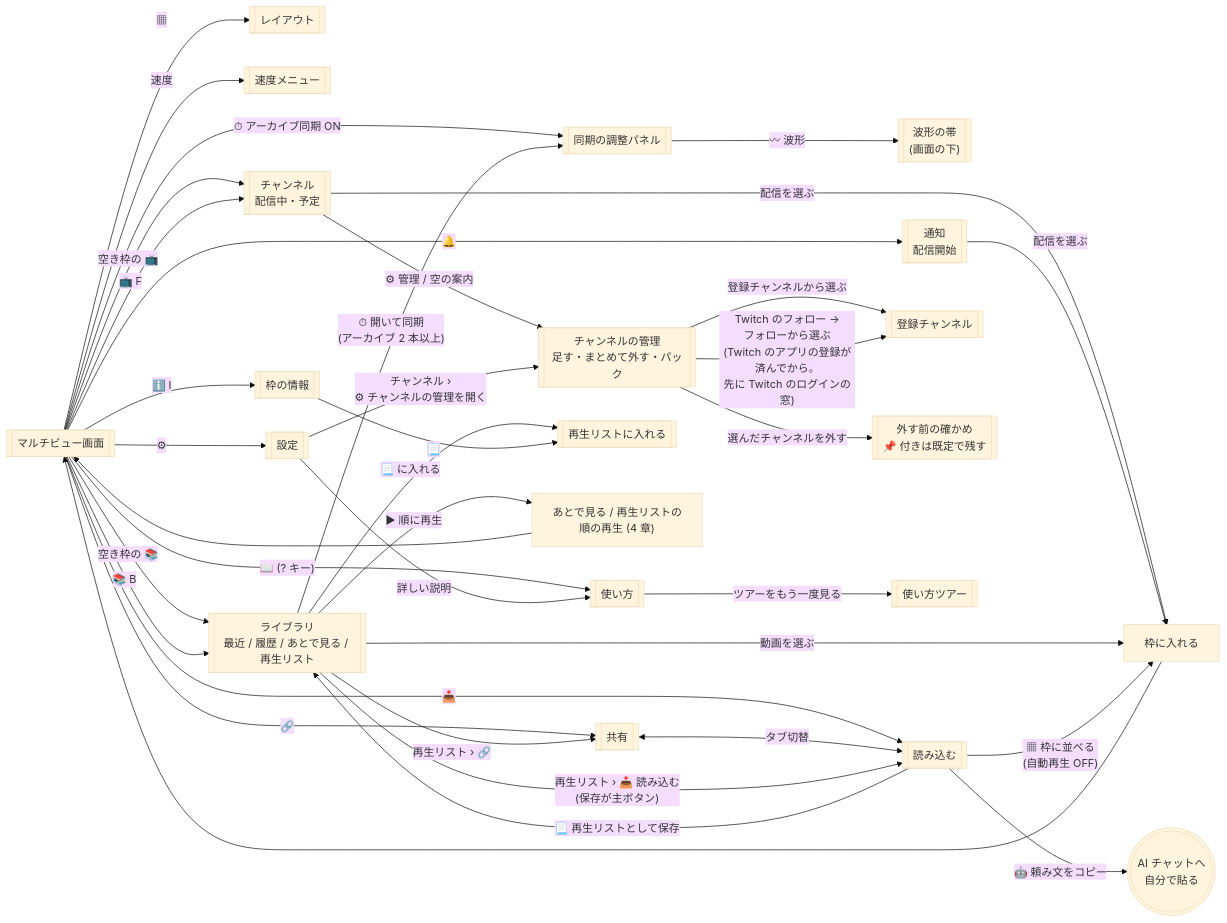
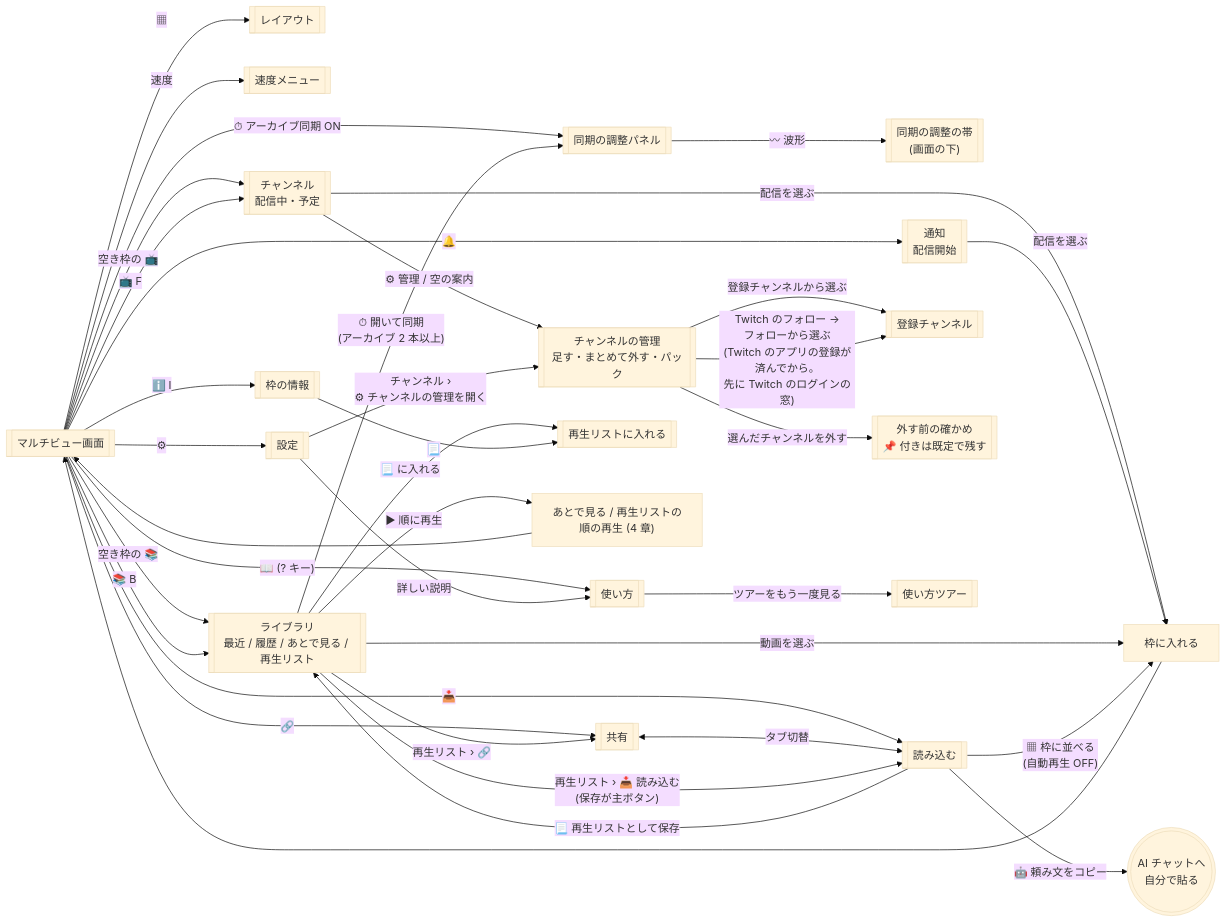
One commit to contee213/hakomado changed the third of 5 diagrams in docs/screen-flow.md. Above: the diagram before and after it, drawn with Mermaid (base theme). The commit also changed other lines of this file and 10 other files, not shown here.

````diff
--- a/docs/screen-flow.md
+++ b/docs/screen-flow.md
@@ -86,40 +86,40 @@
 ```mermaid
 flowchart LR
   MAIN[["マルチビュー画面"]]
   MAIN -- "▦" --> LAY[["レイアウト"]]
   MAIN -- "速度" --> SPD[["速度メニュー"]]
   MAIN -- "⏱ アーカイブ同期 ON" --> DOCK[["同期の調整パネル"]]
-  DOCK -- "〰 波形" --> WAVE[["波形の帯<br>(画面の下)"]]
+  DOCK -- "〰 波形" --> WAVE[["同期の調整の帯<br>(画面の下)"]]
   MAIN -- "空き枠の 📺" --> CH
   MAIN -- "空き枠の 📚" --> LIB
   MAIN -- "🔔" --> NOT[["通知<br>配信開始"]]
   MAIN -- "📺 F" --> CH[["チャンネル<br>配信中・予定"]]
   MAIN -- "📚 B" --> LIB[["ライブラリ<br>最近 / 履歴 / あとで見る / 再生リスト"]]
   MAIN -- "ℹ️ I" --> INFO[["枠の情報"]]
   MAIN -- "🔗" --> SH[["共有"]]
   MAIN -- "📥" --> RD[["読み込む"]]
   MAIN -- "⚙" --> SET[["設定"]]
   MAIN -- "📖 (? キー)" --> HELP[["使い方"]]
   SH <-- "タブ切替" --> RD
   CH -- "⚙ 管理 / 空の案内" --> CM[["チャンネルの管理<br>足す・まとめて外す・パック"]]
   SET -- "チャンネル ›<br>⚙ チャンネルの管理を開く" --> CM
   CM -- "登録チャンネルから選ぶ" --> SUBS[["登録チャンネル"]]
   CM -- "Twitch のフォロー →<br>フォローから選ぶ<br>(Twitch のアプリの登録が済んでから。<br>先に Twitch のログインの窓)" --> SUBS
   CM -- "選んだチャンネルを外す" --> CMC[["外す前の確かめ<br>📌 付きは既定で残す"]]
   SET -- "詳しい説明" --> HELP
   HELP -- "ツアーをもう一度見る" --> TOUR[["使い方ツアー"]]
   CH -- "配信を選ぶ" --> TILE["枠に入れる"]
   NOT -- "配信を選ぶ" --> TILE
   LIB -- "動画を選ぶ" --> TILE
   LIB -- "⏱ 開いて同期<br>(アーカイブ 2 本以上)" --> DOCK
   LIB -- "📃 に入れる" --> PLP[["再生リストに入れる"]]
   LIB -- "▶ 順に再生" --> Q["あとで見る / 再生リストの<br>順の再生 (4 章)"]
   LIB -- "再生リスト › 📥 読み込む<br>(保存が主ボタン)" --> RD
   LIB -- "再生リスト › 🔗" --> SH
   INFO -- "📃" --> PLP
   RD -- "▦ 枠に並べる<br>(自動再生 OFF)" --> TILE
   RD -- "📃 再生リストとして保存" --> LIB
   RD -- "🤖 頼み文をコピー" --> AI((("AI チャットへ<br>自分で貼る")))
   TILE --> MAIN
   Q --> MAIN
 ```
````
